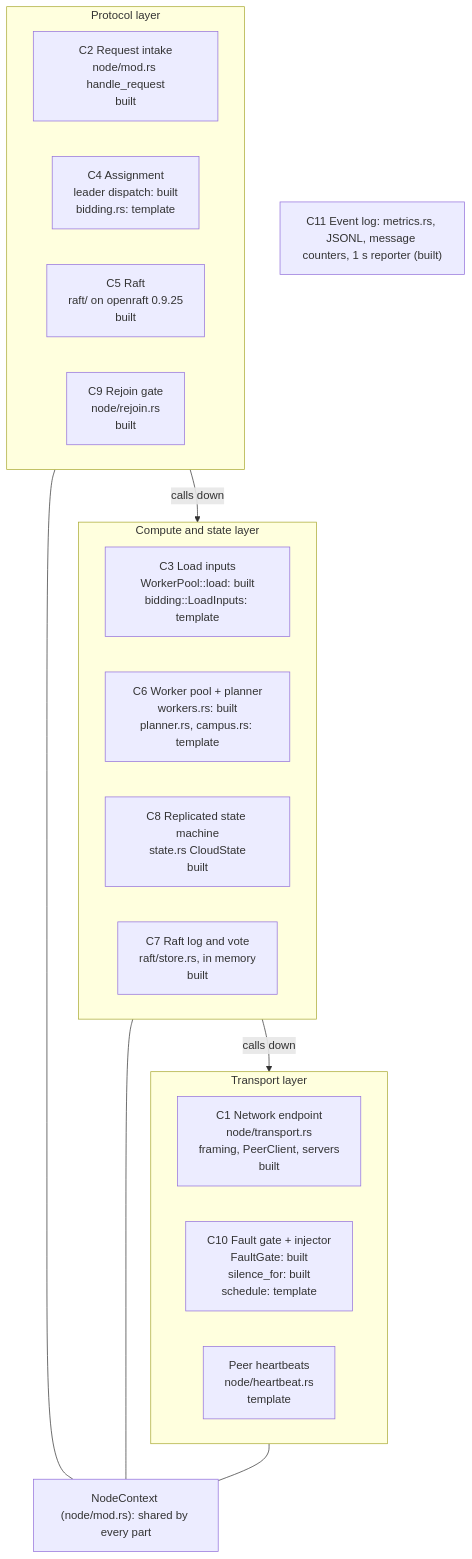
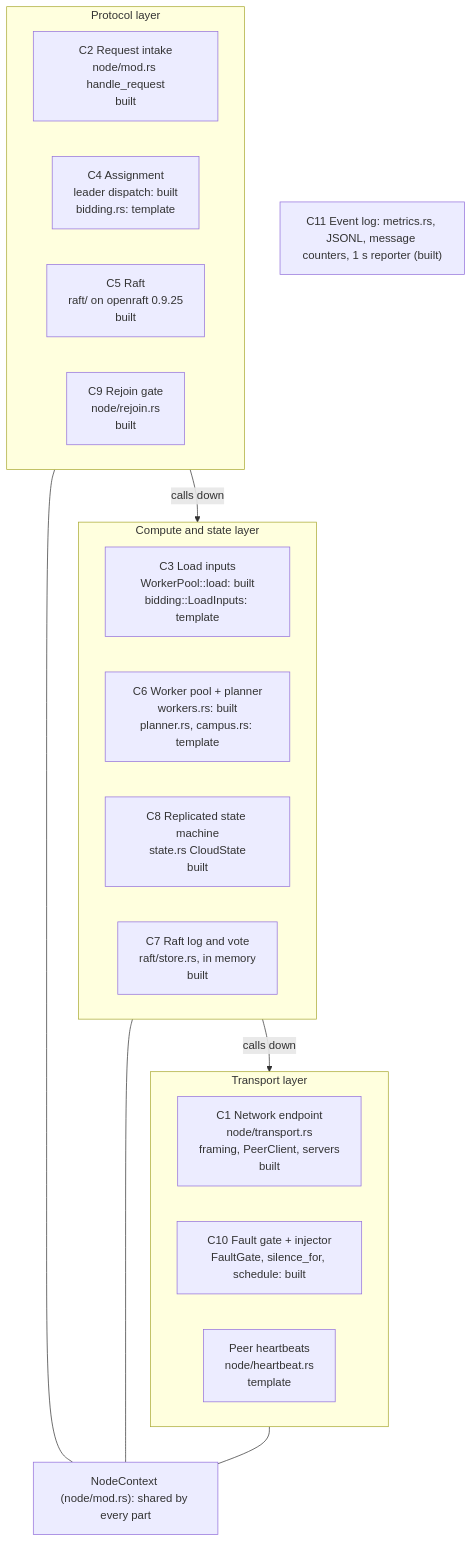
Before and after one commit to noortaytoy1/DistributedSystems: the second of 26 diagrams in docs/architecture.md, drawn with Mermaid. The commit also changed other lines of this file and 13 other files, not shown here.

````diff
--- a/docs/architecture.md
+++ b/docs/architecture.md
@@ -126,30 +126,30 @@
 ```mermaid
 flowchart TB
     subgraph TR["Transport layer"]
         direction LR
         C1["C1 Network endpoint<br/>node/transport.rs<br/>framing, PeerClient, servers<br/>built"]
-        C10["C10 Fault gate + injector<br/>FaultGate: built<br/>silence_for: built<br/>schedule: template"]
+        C10["C10 Fault gate + injector<br/>FaultGate, silence_for, schedule: built"]
         HB["Peer heartbeats<br/>node/heartbeat.rs<br/>template"]
     end
     subgraph PR["Protocol layer"]
         direction LR
         C2["C2 Request intake<br/>node/mod.rs handle_request<br/>built"]
         C4["C4 Assignment<br/>leader dispatch: built<br/>bidding.rs: template"]
         C5["C5 Raft<br/>raft/ on openraft 0.9.25<br/>built"]
         C9["C9 Rejoin gate<br/>node/rejoin.rs<br/>built"]
     end
     subgraph CS["Compute and state layer"]
         direction LR
         C3["C3 Load inputs<br/>WorkerPool::load: built<br/>bidding::LoadInputs: template"]
         C6["C6 Worker pool + planner<br/>workers.rs: built<br/>planner.rs, campus.rs: template"]
         C8["C8 Replicated state machine<br/>state.rs CloudState<br/>built"]
         C7["C7 Raft log and vote<br/>raft/store.rs, in memory<br/>built"]
     end
     C11["C11 Event log: metrics.rs, JSONL, message counters, 1 s reporter (built)"]
     CTX["NodeContext (node/mod.rs): shared by every part"]
     PR -->|calls down| CS
     CS -->|calls down| TR
     PR --- CTX
     CS --- CTX
     TR --- CTX
 ```
````
